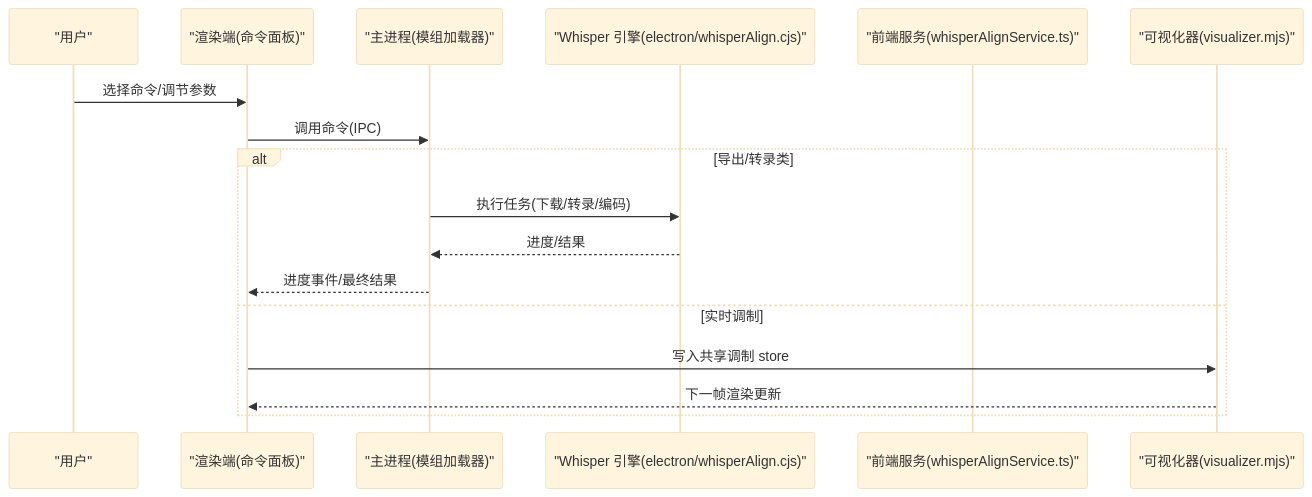
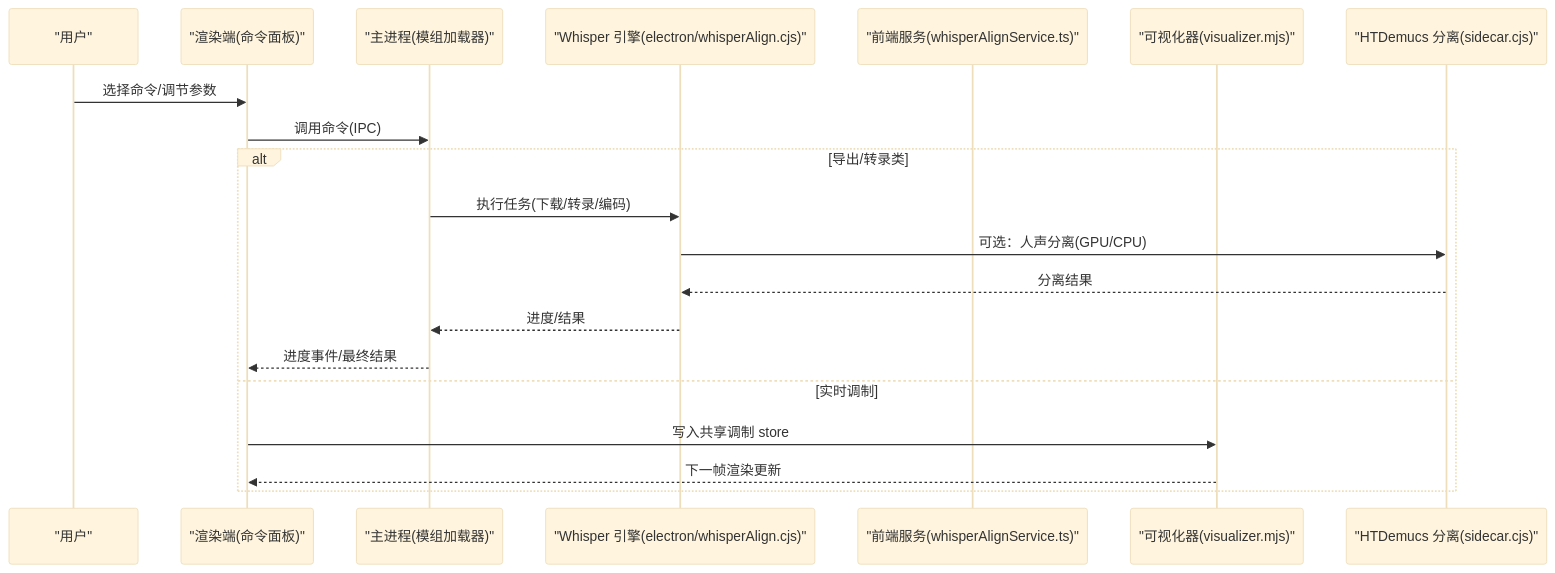
Before and after one commit to nonemarks/folia_player: the second of 8 diagrams in .qoder/repowiki/zh/content/模组系统/内置模组详解/内置模组详解.md, drawn with Mermaid (base theme). The commit also changed other lines of this file and 4 other files, not shown here.

````diff
--- a/.qoder/repowiki/zh/content/模组系统/内置模组详解/内置模组详解.md
+++ b/.qoder/repowiki/zh/content/模组系统/内置模组详解/内置模组详解.md
@@ -76,19 +96,22 @@
 ```mermaid
 sequenceDiagram
 participant U as "用户"
 participant R as "渲染端(命令面板)"
 participant M as "主进程(模组加载器)"
 participant W as "Whisper 引擎(electron/whisperAlign.cjs)"
 participant S as "前端服务(whisperAlignService.ts)"
 participant V as "可视化器(visualizer.mjs)"
+participant H as "HTDemucs 分离(sidecar.cjs)"
 U->>R : 选择命令/调节参数
 R->>M : 调用命令(IPC)
 alt 导出/转录类
 M->>W : 执行任务(下载/转录/编码)
+W->>H : 可选：人声分离(GPU/CPU)
+H-->>W : 分离结果
 W-->>M : 进度/结果
 M-->>R : 进度事件/最终结果
 else 实时调制
 R->>V : 写入共享调制 store
 V-->>R : 下一帧渲染更新
 end
 ```
````
